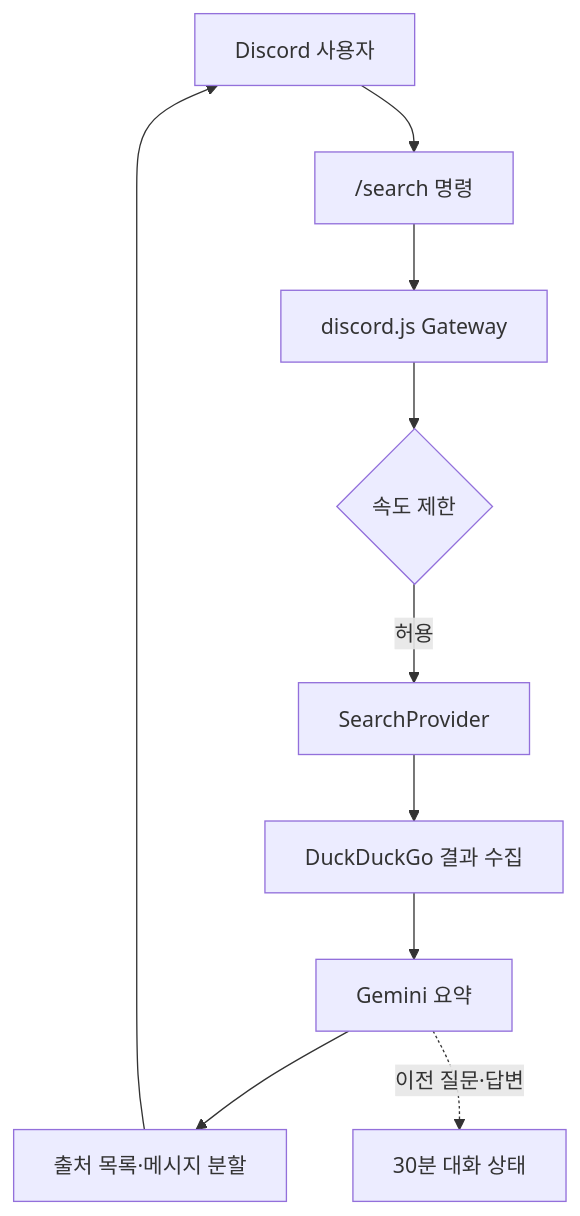
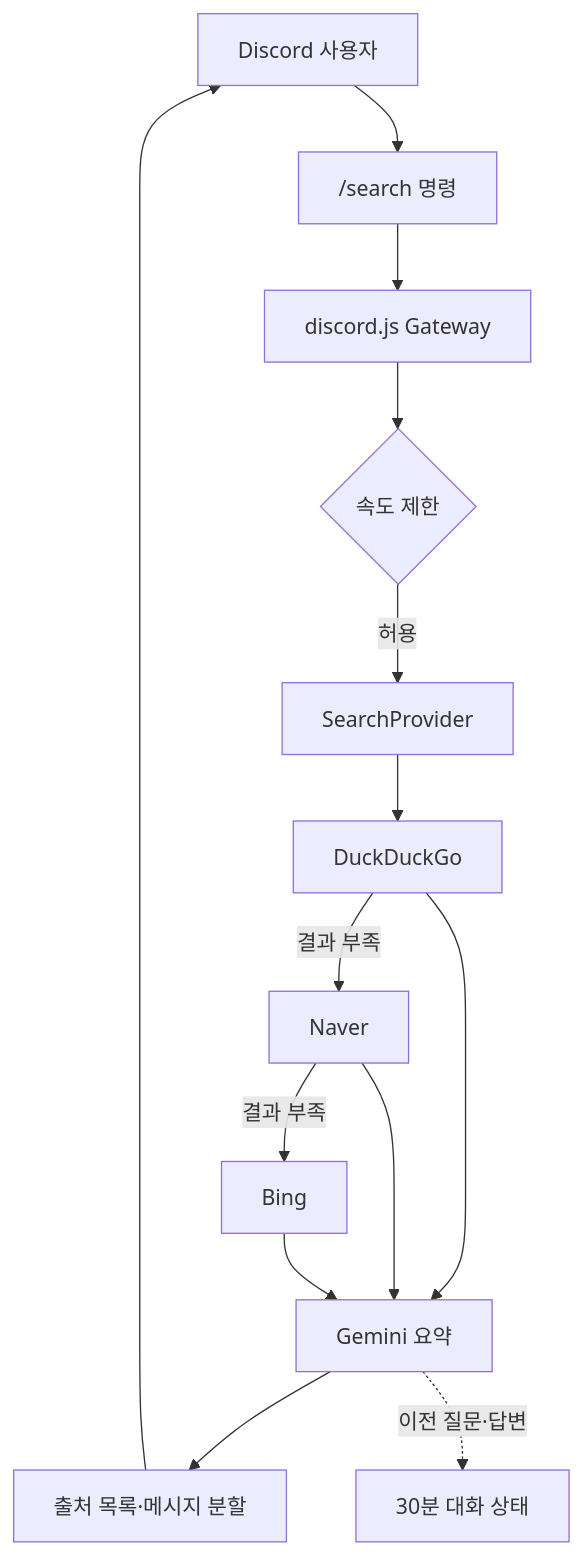
Before and after one commit to ymkzz123/discord-bot-boodae: the diagram in README.md, drawn with Mermaid. The commit also changed other lines of this file and 20 other files, not shown here.

````diff
--- a/README.md
+++ b/README.md
@@ -35,12 +36,16 @@
 ```mermaid
 flowchart TD
     U["Discord 사용자"] --> C["/search 명령"]
     C --> G["discord.js Gateway"]
     G --> L{"속도 제한"}
     L -->|허용| P["SearchProvider"]
-    P --> D["DuckDuckGo 결과 수집"]
+    P --> D["DuckDuckGo"]
+    D -->|결과 부족| N["Naver"]
+    N -->|결과 부족| B["Bing"]
     D --> M["Gemini 요약"]
+    N --> M
+    B --> M
     M --> F["출처 목록·메시지 분할"]
     F --> U
     M -. 이전 질문·답변 .-> S["30분 대화 상태"]
 ```
````
